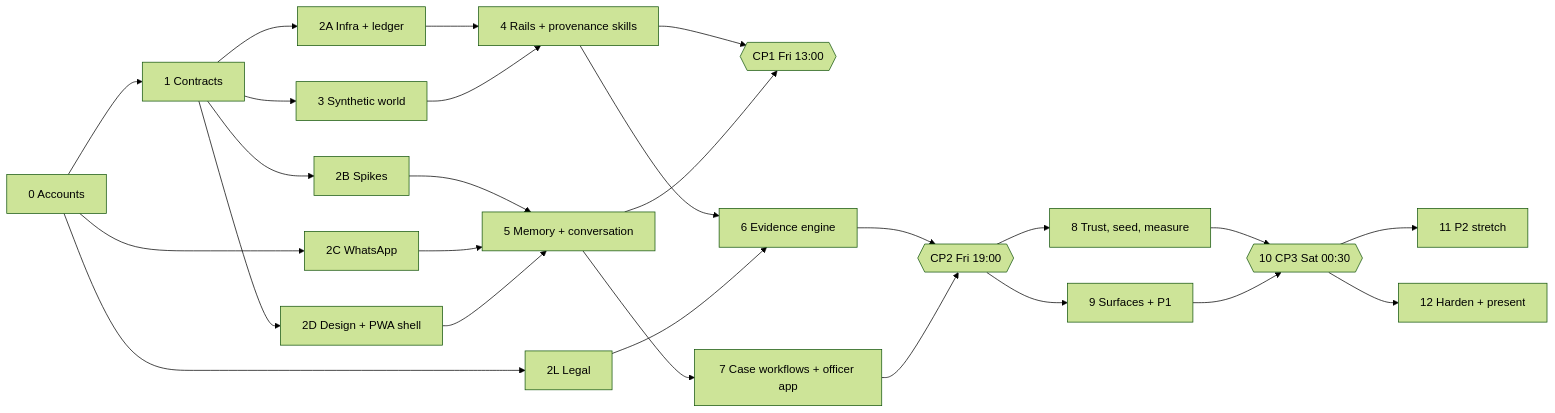
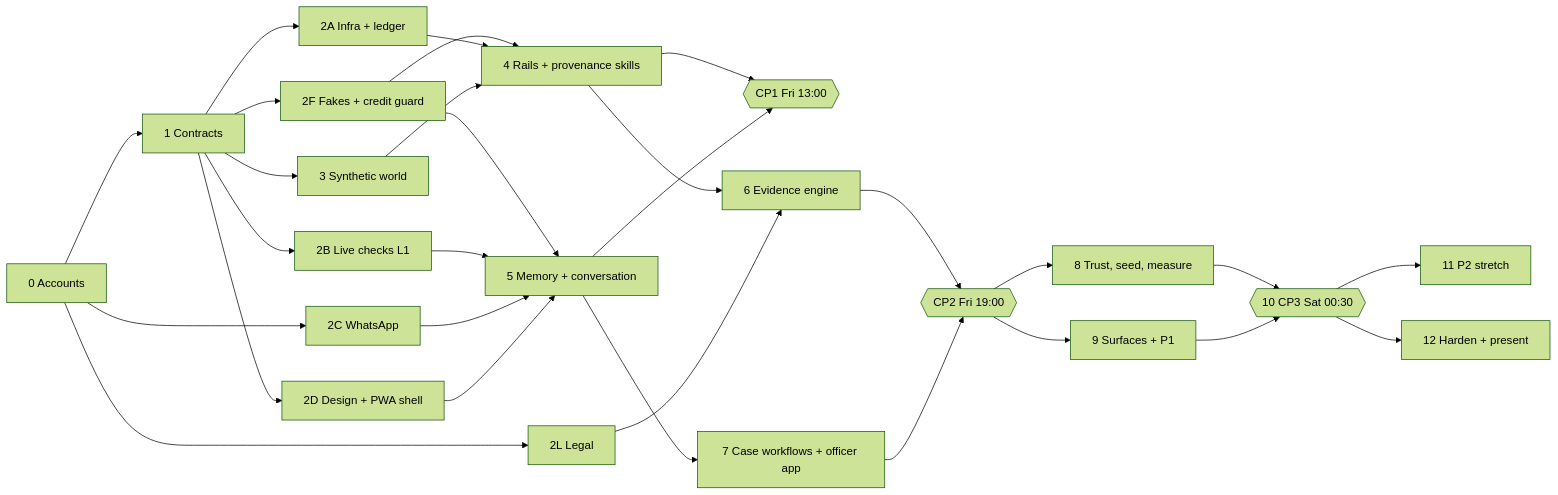
The diagram in PHASES.md (Pandemonium-Research/Paytm-Hisaab), drawn with Mermaid (forest theme) before and after one commit. The commit also changed other lines of this file and 1 other file, not shown here.

````diff
--- a/PHASES.md
+++ b/PHASES.md
@@ -45,28 +51,31 @@
 ```mermaid
 flowchart LR
   P0[0 Accounts] --> P1[1 Contracts]
   P0 --> P2L[2L Legal]
   P0 --> P2C[2C WhatsApp]
   P1 --> P2A[2A Infra + ledger]
-  P1 --> P2B[2B Spikes]
+  P1 --> P2B[2B Live checks L1]
   P1 --> P2D[2D Design + PWA shell]
   P1 --> P3[3 Synthetic world]
+  P1 --> P2F[2F Fakes + credit guard]
+  P2F --> P4
+  P2F --> P5
   P2A --> P4[4 Rails + provenance skills]
   P3 --> P4
   P2B --> P5[5 Memory + conversation]
   P2C --> P5
   P2D --> P5
   P4 --> CP1{{CP1 Fri 13:00}}
   P5 --> CP1
   P4 --> P6[6 Evidence engine]
   P2L --> P6
   P5 --> P7[7 Case workflows + officer app]
   P6 --> CP2{{CP2 Fri 19:00}}
   P7 --> CP2
   CP2 --> P8[8 Trust, seed, measure]
   CP2 --> P9[9 Surfaces + P1]
   P8 --> P10{{10 CP3 Sat 00:30}}
   P9 --> P10
   P10 --> P11[11 P2 stretch]
   P10 --> P12[12 Harden + present]
 ```
````
